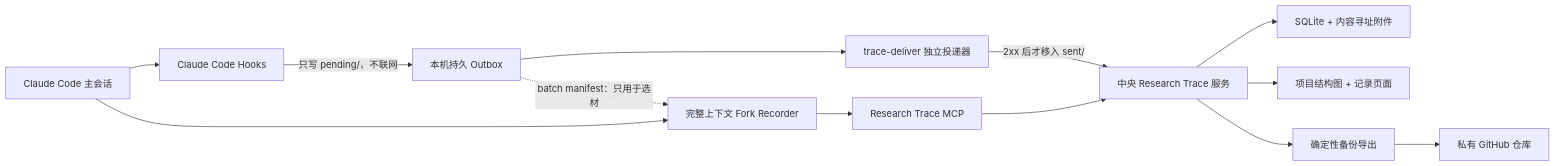
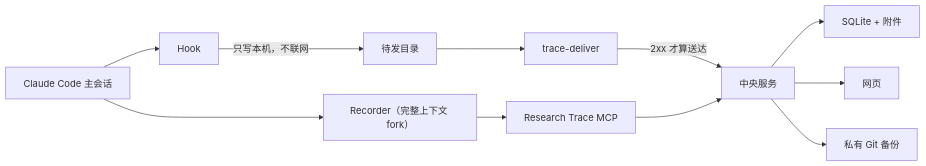
One commit to jinhang23/research-trace changed the diagram in README.md. Above: the diagram before and after it, drawn with Mermaid. The commit also changed other lines of this file and 9 other files, not shown here.

````diff
--- a/README.md
+++ b/README.md
@@ -89,15 +35,13 @@
 ```mermaid
 flowchart LR
-    Main["Claude Code 主会话"] --> Hook["Claude Code Hooks"]
-    Hook -->|"只写 pending/，不联网"| Outbox["本机持久 Outbox"]
-    Outbox --> Deliver["trace-deliver 独立投递器"]
-    Deliver -->|"2xx 后才移入 sent/"| Server["中央 Research Trace 服务"]
-    Main --> Recorder["完整上下文 Fork Recorder"]
-    Outbox -.->|"batch manifest：只用于选材"| Recorder
+    Main["Claude Code 主会话"] --> Hook["Hook"]
+    Hook -->|"只写本机，不联网"| Outbox["待发目录"]
+    Outbox --> Deliver["trace-deliver"]
+    Deliver -->|"2xx 才算送达"| Server["中央服务"]
+    Main --> Recorder["Recorder（完整上下文 fork）"]
     Recorder --> MCP["Research Trace MCP"]
     MCP --> Server
-    Server --> Store["SQLite + 内容寻址附件"]
-    Server --> UI["项目结构图 + 记录页面"]
-    Server --> Export["确定性备份导出"]
-    Export --> GitHub["私有 GitHub 仓库"]
+    Server --> Store["SQLite + 附件"]
+    Server --> UI["网页"]
+    Server --> GitHub["私有 Git 备份"]
 ```
````
